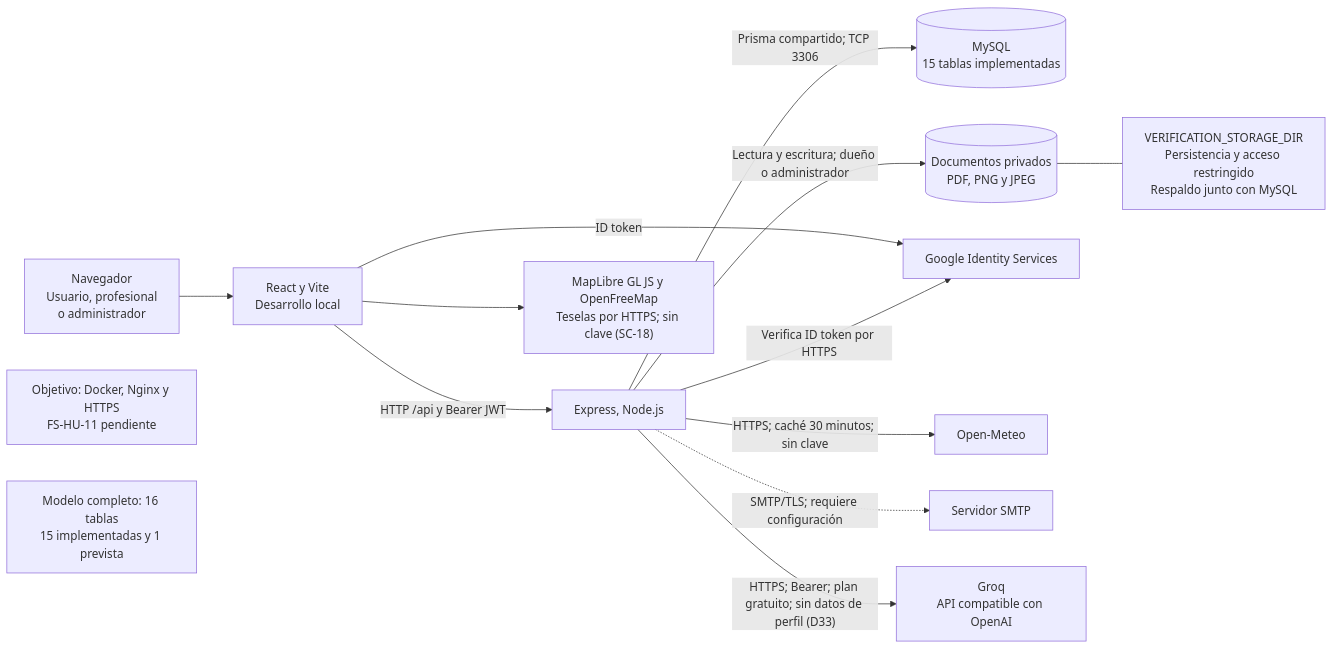
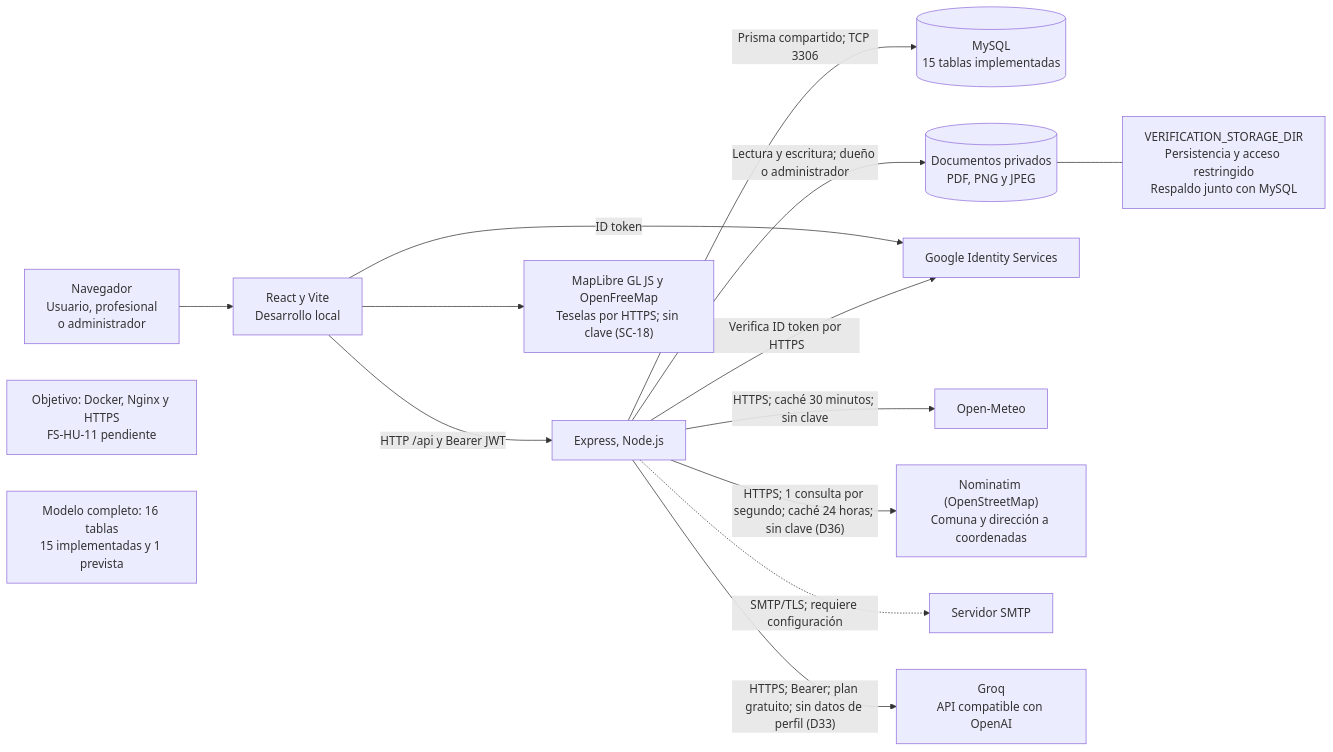
The diagram in FASE 2/Evidencias Proyecto/Evidencias de documentación/Diagramas (Miro)/Actualización Sprint 3/08_Vista_Fisica.mmd (rodriacr/FitSearch), drawn with Mermaid before and after one commit. The commit also changed 32 other files, not shown here.

First line of the commit message:
SC-28: ubicacion de la ficha profesional por direccion con Nominatim (DAS 1.28)

```diff
--- a/FASE 2/Evidencias Proyecto/Evidencias de documentación/Diagramas (Miro)/Actualización Sprint 3/08_Vista_Fisica.mmd
+++ b/FASE 2/Evidencias Proyecto/Evidencias de documentación/Diagramas (Miro)/Actualización Sprint 3/08_Vista_Fisica.mmd
@@ -1,14 +1,15 @@
 flowchart LR
   U["Navegador<br/>Usuario, profesional<br/>o administrador"] --> F["React y Vite<br/>Desarrollo local"]
   F -->|"HTTP /api y Bearer JWT"| B["Express, Node.js"]
   B -->|"Prisma compartido; TCP 3306"| D[("MySQL<br/>15 tablas implementadas")]
   B -->|"Lectura y escritura; dueño o administrador"| A[("Documentos privados<br/>PDF, PNG y JPEG")]
   A --- P["VERIFICATION_STORAGE_DIR<br/>Persistencia y acceso restringido<br/>Respaldo junto con MySQL"]
   F -->|"ID token"| I["Google Identity Services"]
   B -->|"Verifica ID token por HTTPS"| I
   B -->|"HTTPS; caché 30 minutos; sin clave"| O["Open-Meteo"]
+  B -->|"HTTPS; 1 consulta por segundo; caché 24 horas; sin clave (D36)"| NM["Nominatim (OpenStreetMap)<br/>Comuna y dirección a coordenadas"]
   B -.->|"SMTP/TLS; requiere configuración"| S["Servidor SMTP"]
   F --> G["MapLibre GL JS y OpenFreeMap<br/>Teselas por HTTPS; sin clave (SC-18)"]
   B -->|"HTTPS; Bearer; plan gratuito; sin datos de perfil (D33)"| C["Groq<br/>API compatible con OpenAI"]
   N["Objetivo: Docker, Nginx y HTTPS<br/>FS-HU-11 pendiente"]
   M["Modelo completo: 16 tablas<br/>15 implementadas y 1 prevista"]
```
